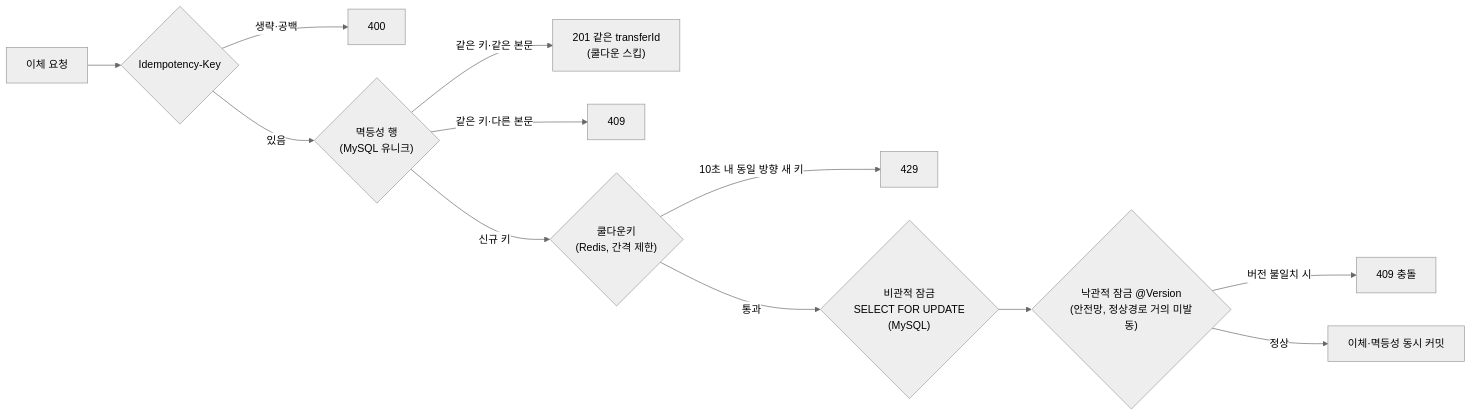
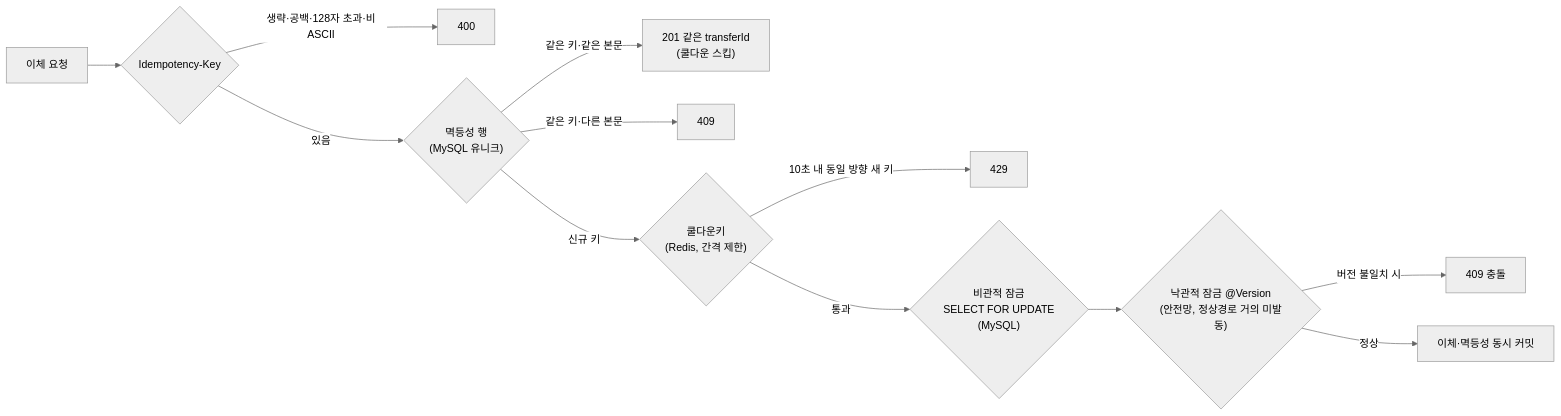
One commit to Pray-T/BankTransferSys_Backend_Restful changed the third of 3 diagrams in README.md. Above: the diagram before and after it, drawn with Mermaid (neutral theme). The commit also changed other lines of this file and 4 other files, not shown here.

````diff
--- a/README.md
+++ b/README.md
@@ -334,14 +340,14 @@
 ```mermaid
 graph LR
     REQ["이체 요청"] --> KEY{"Idempotency-Key"}
-    KEY -->|"생략·공백"| R0["400"]
+    KEY -->|"생략·공백·128자 초과·비ASCII"| R0["400"]
     KEY -->|"있음"| ID{"멱등성 행\n(MySQL 유니크)"}
     ID -->|"같은 키·같은 본문"| R3["201 같은 transferId\n(쿨다운 스킵)"]
     ID -->|"같은 키·다른 본문"| R5["409"]
     ID -->|"신규 키"| CD{"쿨다운키\n(Redis, 간격 제한)"}
     CD -->|"10초 내 동일 방향 새 키"| R1["429"]
     CD -->|"통과"| PL{"비관적 잠금\nSELECT FOR UPDATE\n(MySQL)"}
     PL --> OL{"낙관적 잠금 @Version\n(안전망, 정상경로 거의 미발동)"}
     OL -->|"버전 불일치 시"| R4["409 충돌"]
     OL -->|"정상"| OK["이체·멱등성 동시 커밋"]
 ```
````
